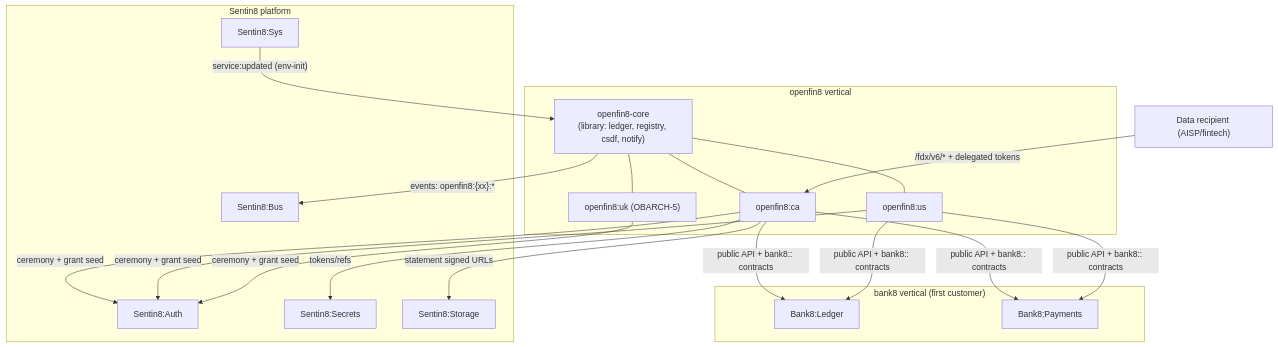
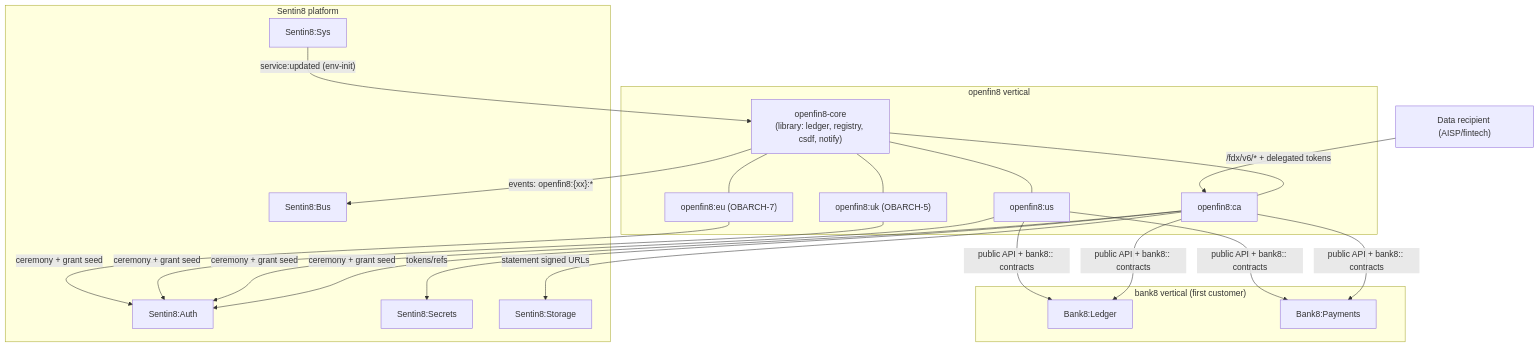
One commit to OpenFin8/openfin8 changed the diagram in DESIGN.md. Above: the diagram before and after it, drawn with Mermaid. The commit also changed other lines of this file and 3 other files, not shown here.

````diff
--- a/DESIGN.md
+++ b/DESIGN.md
@@ -31,29 +31,30 @@
 ```mermaid
 graph TD
     subgraph openfin8["openfin8 vertical"]
         CORE["openfin8-core<br/>(library: ledger, registry, csdf, notify)"]
         CA["openfin8:ca"]
         US["openfin8:us"]
         UK["openfin8:uk (OBARCH-5)"]
+        EU["openfin8:eu (OBARCH-7)"]
     end
     subgraph bank8["bank8 vertical (first customer)"]
         LEDGER["Bank8:Ledger"]
         PAY["Bank8:Payments"]
     end
     subgraph platform["Sentin8 platform"]
         AUTH["Sentin8:Auth"]
         BUS["Sentin8:Bus"]
         SECRETS["Sentin8:Secrets"]
         SYS["Sentin8:Sys"]
         STOR["Sentin8:Storage"]
     end
     RECIP["Data recipient (AISP/fintech)"]
-    CORE --- CA & US & UK
+    CORE --- CA & US & UK & EU
     CA & US -->|"public API + bank8:: contracts"| LEDGER & PAY
-    CA & US & UK -->|"ceremony + grant seed"| AUTH
+    CA & US & UK & EU -->|"ceremony + grant seed"| AUTH
     CORE -->|"events: openfin8:{xx}:*"| BUS
     CA -->|"tokens/refs"| SECRETS
     SYS -->|"service:updated (env-init)"| CORE
     CA -->|"statement signed URLs"| STOR
     RECIP -->|"/fdx/v6/* + delegated tokens"| CA
 ```
````
